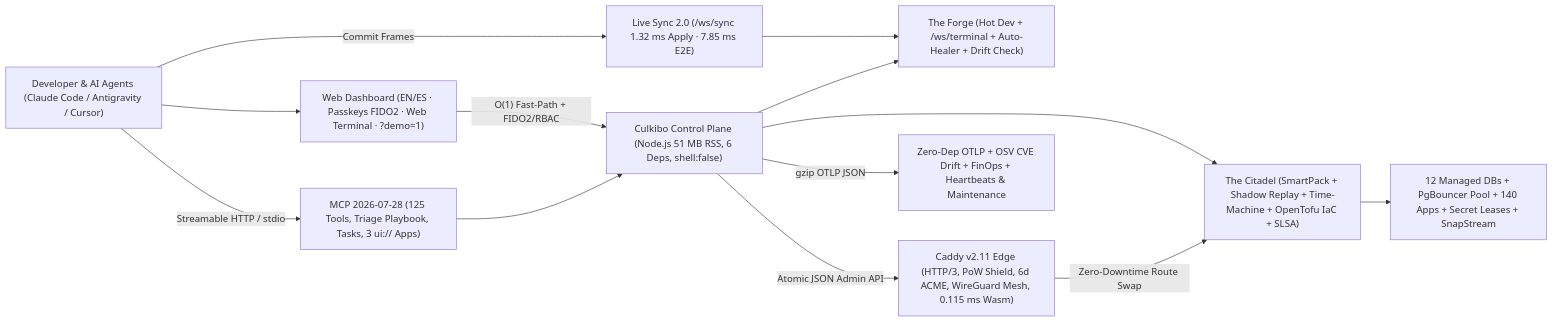
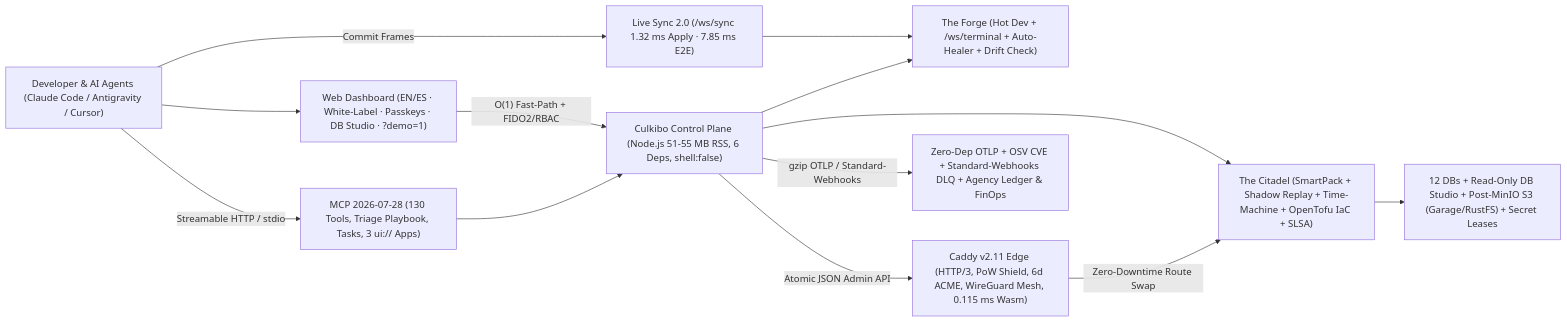
One commit to macaqueboy/culkibo changed the diagram in README.md. Above: the diagram before and after it, drawn with Mermaid. The commit also changed other lines of this file and 28 other files, not shown here.

Commit message:
feat(cycle-9): Milestone 50 Suites & 130 MCP Tools — Standard-Webhooks DLQ, Read-Only DB Studio, Post-MinIO Garage/RustFS S3 + SigV4, Agency Ledger & White-Label Brand

````diff
--- a/README.md
+++ b/README.md
@@ -187,26 +190,26 @@
 ```mermaid
 flowchart LR
     Dev["Developer & AI Agents (Claude Code / Antigravity / Cursor)"]
-    UI["Web Dashboard (EN/ES · Passkeys FIDO2 · Web Terminal · ?demo=1)"]
-    MCP["MCP 2026-07-28 (125 Tools, Triage Playbook, Tasks, 3 ui:// Apps)"]
+    UI["Web Dashboard (EN/ES · White-Label · Passkeys · DB Studio · ?demo=1)"]
+    MCP["MCP 2026-07-28 (130 Tools, Triage Playbook, Tasks, 3 ui:// Apps)"]
     Sync["Live Sync 2.0 (/ws/sync 1.32 ms Apply · 7.85 ms E2E)"]
-    CP["Culkibo Control Plane (Node.js 51 MB RSS, 6 Deps, shell:false)"]
+    CP["Culkibo Control Plane (Node.js 51-55 MB RSS, 6 Deps, shell:false)"]
     Forge["The Forge (Hot Dev + /ws/terminal + Auto-Healer + Drift Check)"]
     Citadel["The Citadel (SmartPack + Shadow Replay + Time-Machine + OpenTofu IaC + SLSA)"]
     Caddy["Caddy v2.11 Edge (HTTP/3, PoW Shield, 6d ACME, WireGuard Mesh, 0.115 ms Wasm)"]
-    Obs["Zero-Dep OTLP + OSV CVE Drift + FinOps + Heartbeats & Maintenance"]
-    Data["12 Managed DBs + PgBouncer Pool + 140 Apps + Secret Leases + SnapStream"]
+    Obs["Zero-Dep OTLP + OSV CVE + Standard-Webhooks DLQ + Agency Ledger & FinOps"]
+    Data["12 DBs + Read-Only DB Studio + Post-MinIO S3 (Garage/RustFS) + Secret Leases"]
 
     Dev -->|"Streamable HTTP / stdio"| MCP
     Dev -->|"Commit Frames"| Sync
     Dev --> UI
     UI -->|"O(1) Fast-Path + FIDO2/RBAC"| CP
     MCP --> CP
     Sync --> Forge
     CP --> Forge
     CP --> Citadel
     CP -->|"Atomic JSON Admin API"| Caddy
-    CP -->|"gzip OTLP JSON"| Obs
+    CP -->|"gzip OTLP / Standard-Webhooks"| Obs
     Citadel --> Data
     Caddy -->|"Zero-Downtime Route Swap"| Citadel
 ```
````
